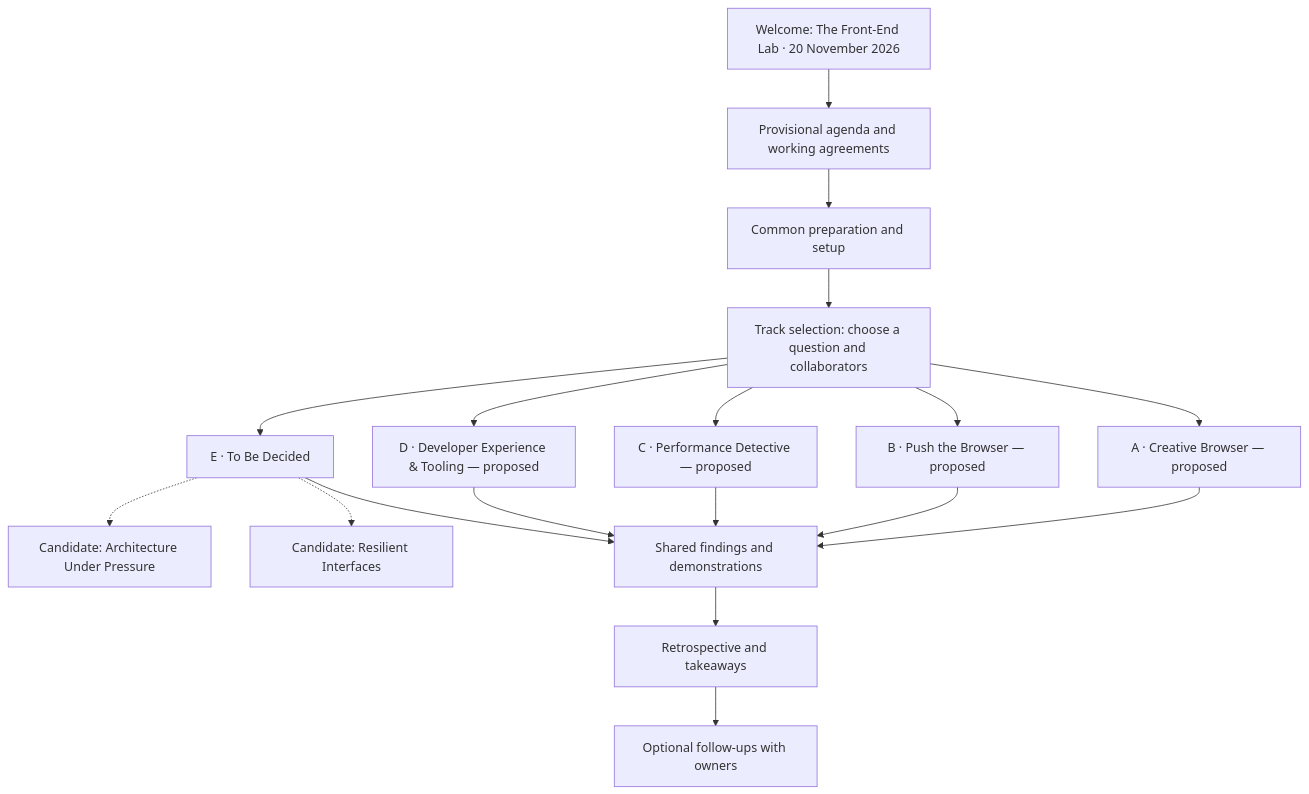
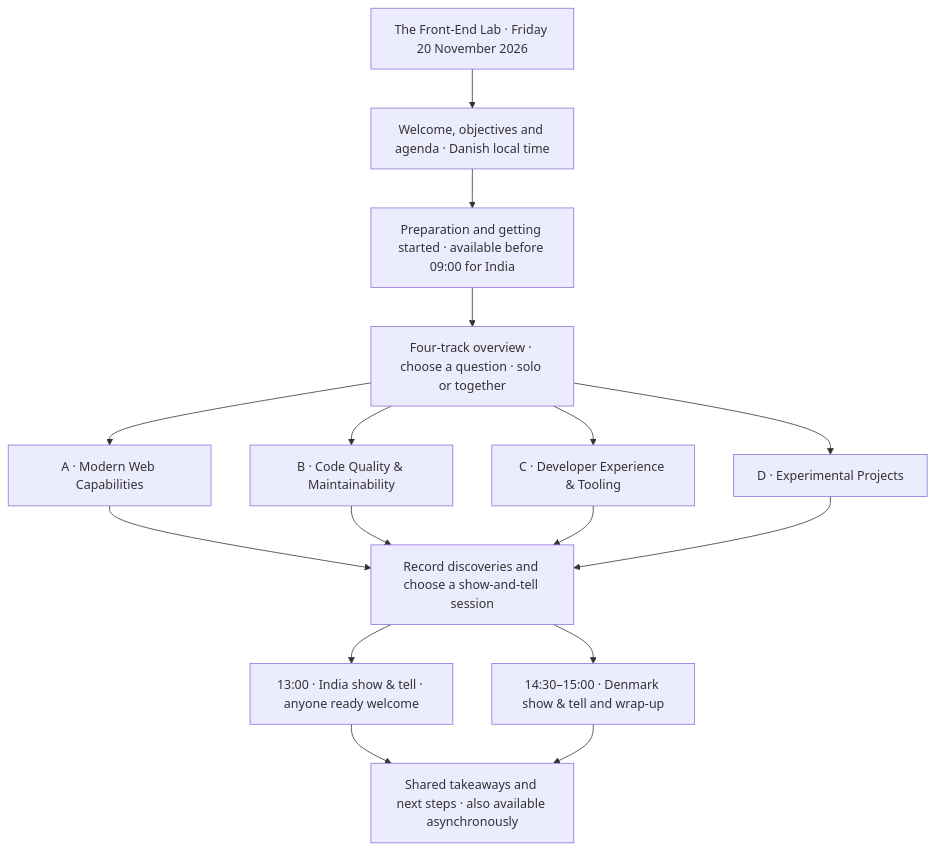
The diagram in whiteboard/structure.mmd (mortenbroesby/frontend-lab), drawn with Mermaid before and after one commit. The commit also changed 9 other files, not shown here.

```diff
--- a/whiteboard/structure.mmd
+++ b/whiteboard/structure.mmd
@@ -1,18 +1,16 @@
 flowchart TD
-    W["Welcome: The Front-End Lab · 20 November 2026"] --> G["Provisional agenda and working agreements"]
-    G --> P["Common preparation and setup"]
-    P --> S["Track selection: choose a question and collaborators"]
-    S --> A["A · Creative Browser — proposed"]
-    S --> B["B · Push the Browser — proposed"]
-    S --> C["C · Performance Detective — proposed"]
-    S --> D["D · Developer Experience & Tooling — proposed"]
-    S --> E["E · To Be Decided"]
-    E -.-> E1["Candidate: Architecture Under Pressure"]
-    E -.-> E2["Candidate: Resilient Interfaces"]
-    A --> F["Shared findings and demonstrations"]
+    W["The Front-End Lab · Friday 20 November 2026"] --> G["Welcome, objectives and agenda · Danish local time"]
+    G --> P["Preparation and getting started · available before 09:00 for India"]
+    P --> S["Four-track overview · choose a question · solo or together"]
+    S --> A["A · Modern Web Capabilities"]
+    S --> B["B · Code Quality & Maintainability"]
+    S --> C["C · Developer Experience & Tooling"]
+    S --> D["D · Experimental Projects"]
+    A --> F["Record discoveries and choose a show-and-tell session"]
     B --> F
     C --> F
     D --> F
-    E --> F
-    F --> R["Retrospective and takeaways"]
-    R --> N["Optional follow-ups with owners"]
+    F --> I["13:00 · India show & tell · anyone ready welcome"]
+    F --> K["14:30–15:00 · Denmark show & tell and wrap-up"]
+    I --> R["Shared takeaways and next steps · also available asynchronously"]
+    K --> R
```
